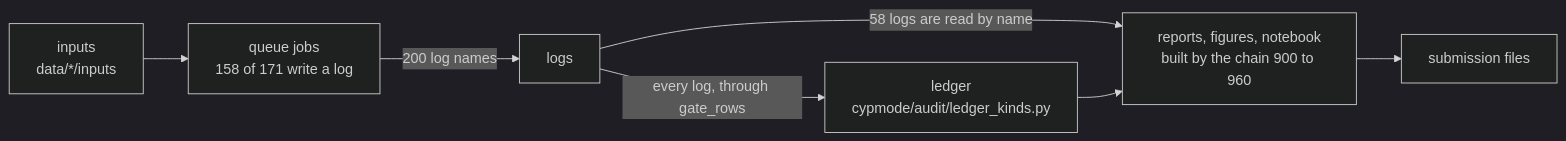
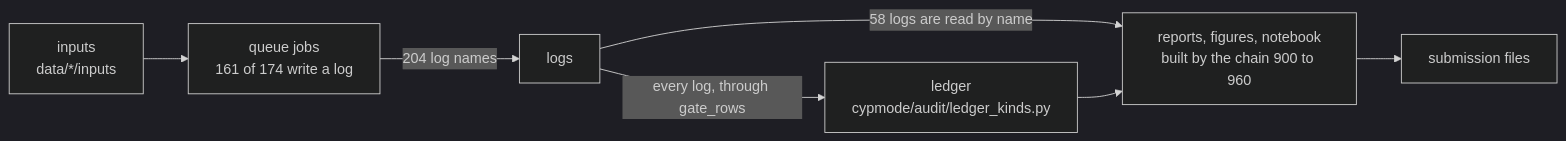
One commit to mohamedtalaat-gif/CYPMode changed the diagram in docs/map/dataflow.md. Above: the diagram before and after it, drawn with Mermaid (dark theme). The commit also changed other lines of this file and 5 other files, not shown here.

````diff
--- a/docs/map/dataflow.md
+++ b/docs/map/dataflow.md
@@ -5,9 +5,9 @@
 ```mermaid
 flowchart LR
   inputs["inputs<br/>data/*/inputs"] --> jobs
-  jobs["queue jobs<br/>158 of 171 write a log"] -->|"200 log names"| logs["logs"]
+  jobs["queue jobs<br/>161 of 174 write a log"] -->|"204 log names"| logs["logs"]
   logs -->|"every log, through gate_rows"| ledger["ledger<br/>cypmode/audit/ledger_kinds.py"]
   logs -->|"58 logs are read by name"| reports
   ledger --> reports["reports, figures, notebook<br/>built by the chain 900 to 960"]
   reports --> submissions["submission files"]
 ```
````
